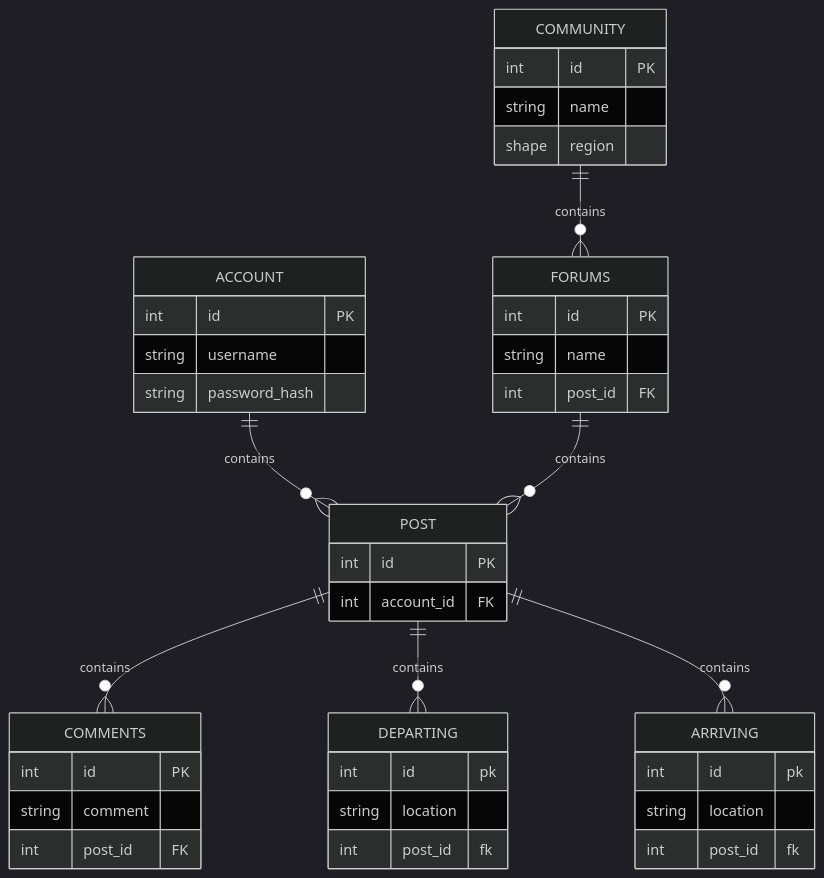
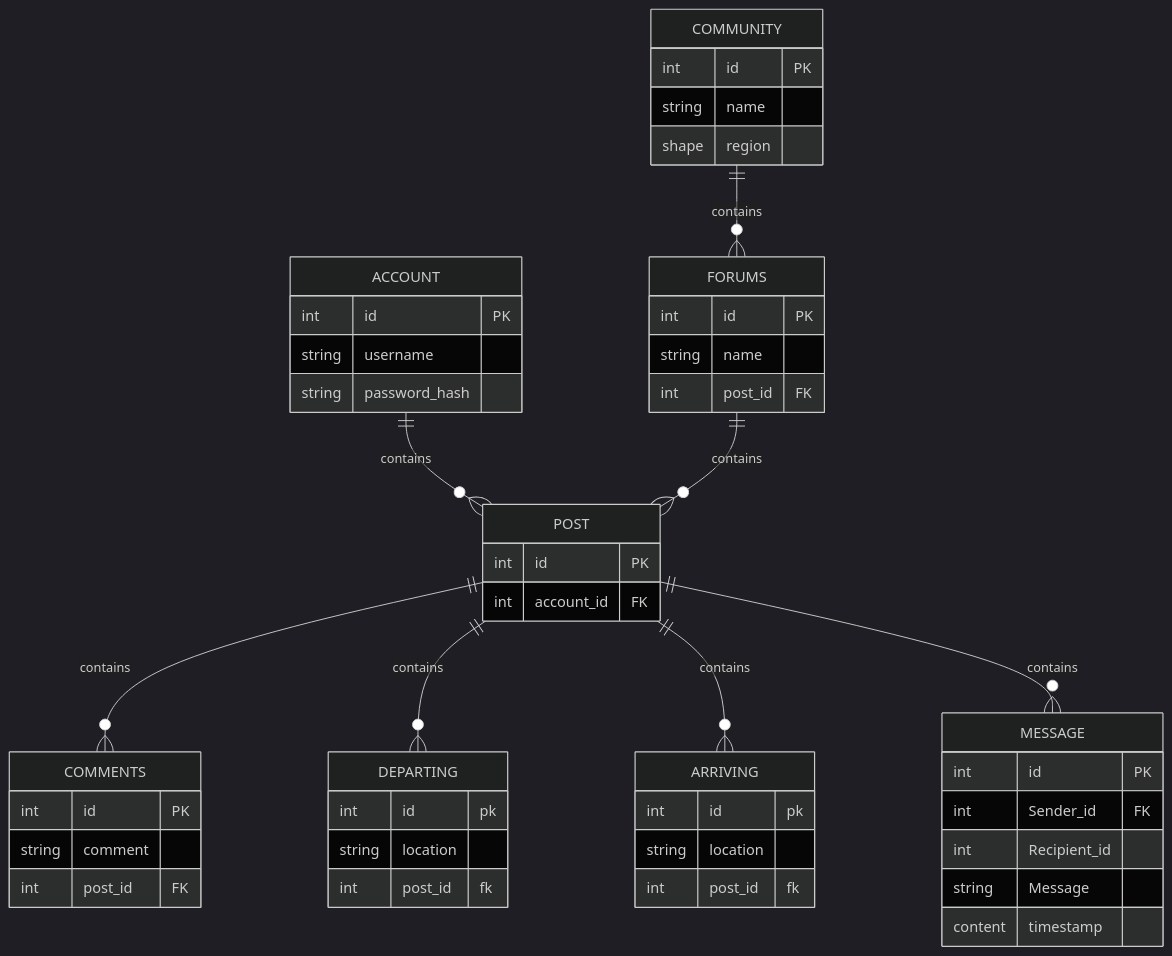
Before and after one commit to byui-cse397/2024WinCSE490PCP: the diagram in ProjectManagement/WhitePapers/DevelopmentEnvironment/DatabaseWhitepaper.md, drawn with Mermaid (dark theme).

````diff
--- a/ProjectManagement/WhitePapers/DevelopmentEnvironment/DatabaseWhitepaper.md
+++ b/ProjectManagement/WhitePapers/DevelopmentEnvironment/DatabaseWhitepaper.md
@@ -118,53 +118,62 @@
 ```mermaid
 erDiagram
     ACCOUNT {
         int id PK
         string username
         string password_hash
     }
     POST {
         int id PK
         int account_id FK
     }
     
     ACCOUNT ||--o{ POST : contains
 
     COMMENTS {
         int id PK
         string comment
         int post_id FK
     }
 
     POST ||--o{ COMMENTS : contains
 
     DEPARTING {
         int id pk
         string location
         int post_id fk
     }
 
     POST ||--o{ DEPARTING : contains
 
     ARRIVING {
         int id pk
         string location
         int post_id fk
     }
 
     POST ||--o{ ARRIVING : contains
 
     COMMUNITY ||--o{ FORUMS : contains
     COMMUNITY {
         int id PK
         string name
         shape region
     }
 
     FORUMS ||--o{ POST : contains
     FORUMS {
         int id PK
         string name
         int post_id FK
     }
 
+     POST ||--o{ MESSAGE: contains
+    MESSAGE{
+        int id PK
+        int Sender_id FK
+        int Recipient_id
+        string Message content
+        timestamp
+    }
+
 ```
````
